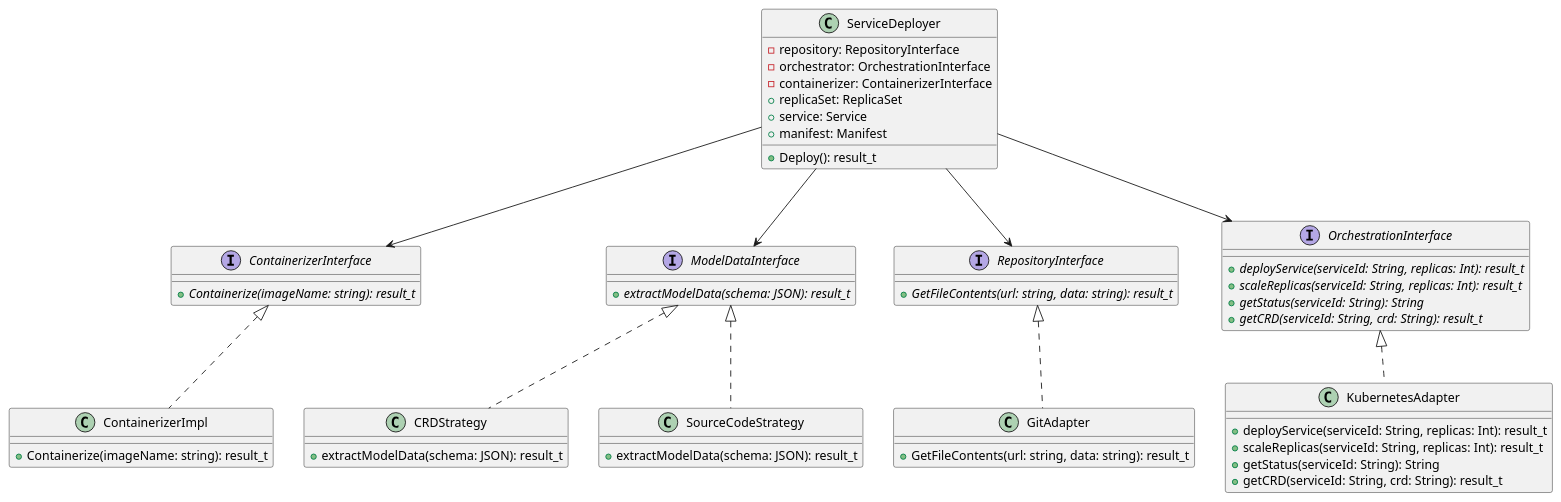
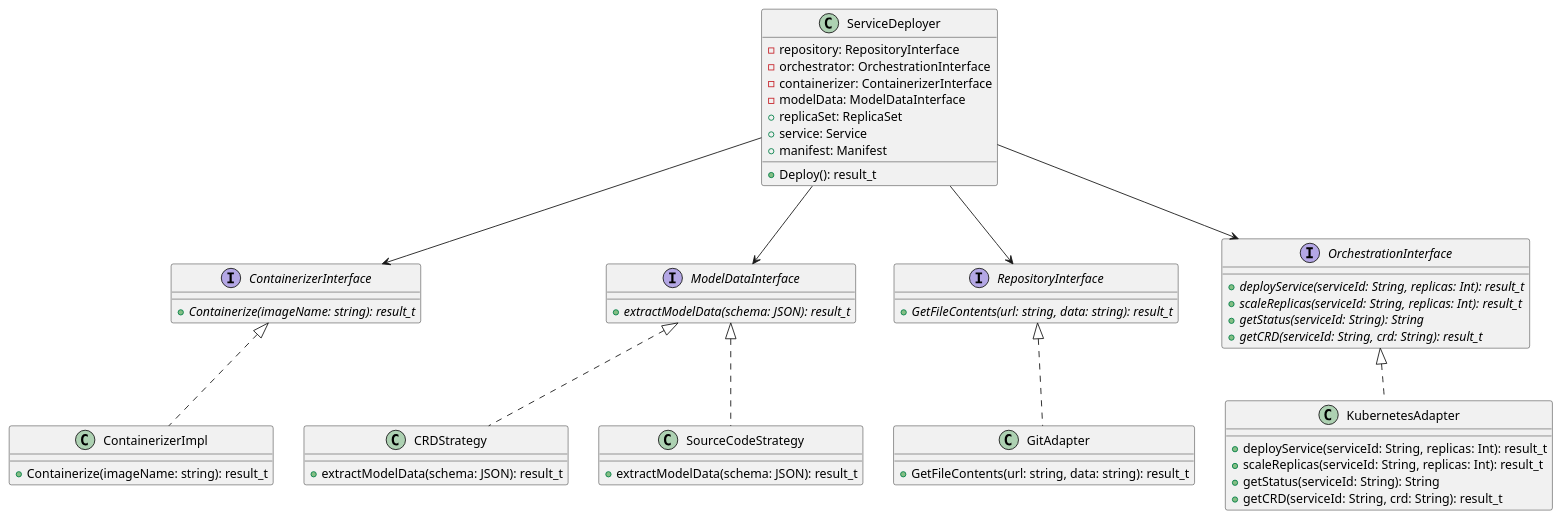
One commit to fanglores/Advanced-Software-Design changed the diagram in PracticeTasks/Module2/FinalTask_2/ServiceDeployer.puml. Above: the diagram before and after it, drawn with PlantUML. The commit also changed 4 other files, not shown here.

```diff
--- a/PracticeTasks/Module2/FinalTask_2/ServiceDeployer.puml
+++ b/PracticeTasks/Module2/FinalTask_2/ServiceDeployer.puml
@@ -1,58 +1,59 @@
 @startuml
 class ServiceDeployer {
   -repository: RepositoryInterface
   -orchestrator: OrchestrationInterface
   -containerizer: ContainerizerInterface
+  -modelData: ModelDataInterface
   +replicaSet: ReplicaSet
   +service: Service
   +manifest: Manifest
   +Deploy(): result_t
 }
 
 interface ContainerizerInterface {
   {abstract} +Containerize(imageName: string): result_t
 }
 
 class ContainerizerImpl implements ContainerizerInterface {
   +Containerize(imageName: string): result_t
 }
 
 interface ModelDataInterface {
   {abstract} +extractModelData(schema: JSON): result_t
 }
 
 class CRDStrategy implements ModelDataInterface {
   +extractModelData(schema: JSON): result_t
 }
 
 class SourceCodeStrategy implements ModelDataInterface {
   +extractModelData(schema: JSON): result_t
 }
 
 interface RepositoryInterface {
   {abstract} +GetFileContents(url: string, data: string): result_t
 }
 
 class GitAdapter implements RepositoryInterface {
   +GetFileContents(url: string, data: string): result_t
 }
 
 interface OrchestrationInterface {
   {abstract} +deployService(serviceId: String, replicas: Int): result_t
   {abstract} +scaleReplicas(serviceId: String, replicas: Int): result_t
   {abstract} +getStatus(serviceId: String): String
   {abstract} +getCRD(serviceId: String, crd: String): result_t
 }
 
 class KubernetesAdapter implements OrchestrationInterface {
   +deployService(serviceId: String, replicas: Int): result_t
   +scaleReplicas(serviceId: String, replicas: Int): result_t
   +getStatus(serviceId: String): String
   +getCRD(serviceId: String, crd: String): result_t
 }
 
 ServiceDeployer --> ContainerizerInterface
 ServiceDeployer --> RepositoryInterface
 ServiceDeployer --> ModelDataInterface
 ServiceDeployer --> OrchestrationInterface
 @enduml
```
